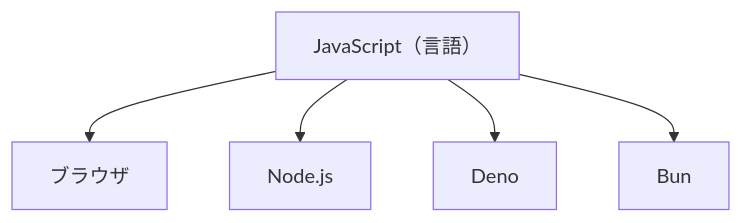
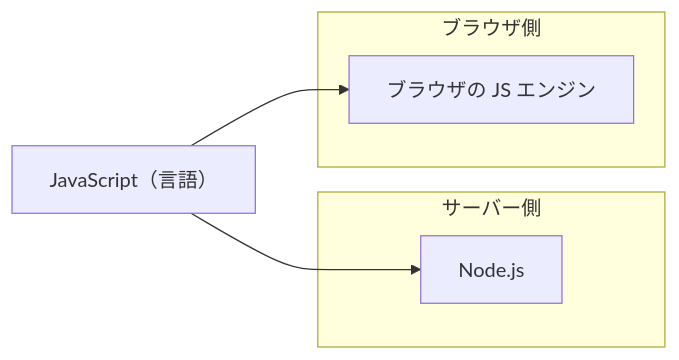
One commit to ozaki25/web-front-training-ozaki25 changed the first of 2 diagrams in docs/drafts/069/index.md. Above: the diagram before and after it, drawn with Mermaid. The commit also changed other lines of this file, not shown here.

First line of the commit message:
drafts/069 を書き直し（共感導入を削除、use client を削除、シンプルな引き出しレッスンに）

````diff
--- a/docs/drafts/069/index.md
+++ b/docs/drafts/069/index.md
@@ -19,8 +13,11 @@
 ```mermaid
-flowchart TB
-  JS["JavaScript（言語）"]
-  JS --> B["ブラウザ"]
-  JS --> N["Node.js"]
-  JS --> D["Deno"]
-  JS --> Bu["Bun"]
+flowchart LR
+  subgraph server["サーバー側"]
+    N["Node.js"]
+  end
+  subgraph client["ブラウザ側"]
+    B["ブラウザの JS エンジン"]
+  end
+  JS["JavaScript（言語）"] --> N
+  JS --> B
 ```
````
